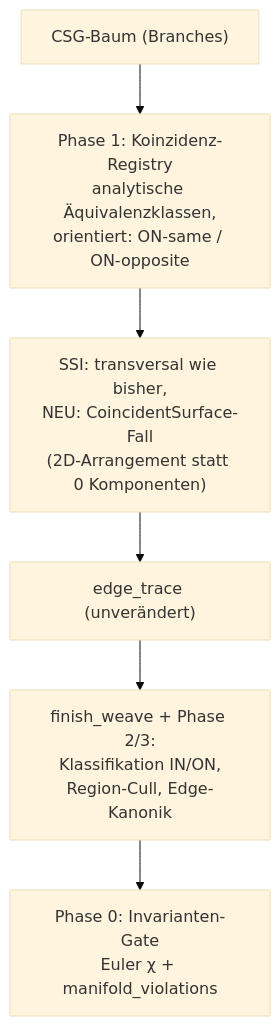
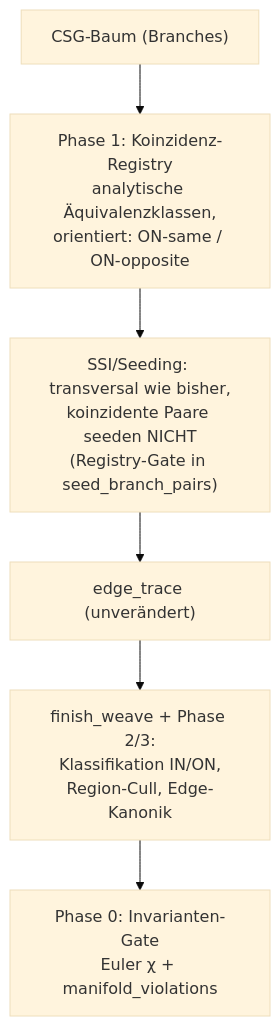
One commit to SebastianBaltes/fielddraft changed the diagram in docs/BREP-CLASSIFICATION-PLAN.md. Above: the diagram before and after it, drawn with Mermaid (base theme). The commit also changed other lines of this file and 8 other files, not shown here.

First line of the commit message:
fix(brep): Phase 3 voll — CoincidentSurface-Gate, On-Boundary-Aktivität, Interior-Fin-Beweis schließen Ticket o2j9 (v0.6.63)

````diff
--- a/docs/BREP-CLASSIFICATION-PLAN.md
+++ b/docs/BREP-CLASSIFICATION-PLAN.md
@@ -87,8 +87,8 @@
 ```mermaid
 graph TB
     CSG["CSG-Baum (Branches)"] --> Reg["Phase 1: Koinzidenz-Registry<br/>analytische Äquivalenzklassen,<br/>orientiert: ON-same / ON-opposite"]
-    Reg --> SSI["SSI: transversal wie bisher,<br/>NEU: CoincidentSurface-Fall<br/>(2D-Arrangement statt 0 Komponenten)"]
+    Reg --> SSI["SSI/Seeding: transversal wie bisher,<br/>koinzidente Paare seeden NICHT<br/>(Registry-Gate in seed_branch_pairs)"]
     SSI --> Trace["edge_trace (unverändert)"]
     Trace --> FW["finish_weave + Phase 2/3:<br/>Klassifikation IN/ON,<br/>Region-Cull, Edge-Kanonik"]
     FW --> Gate["Phase 0: Invarianten-Gate<br/>Euler χ + manifold_violations"]
 ```
````
